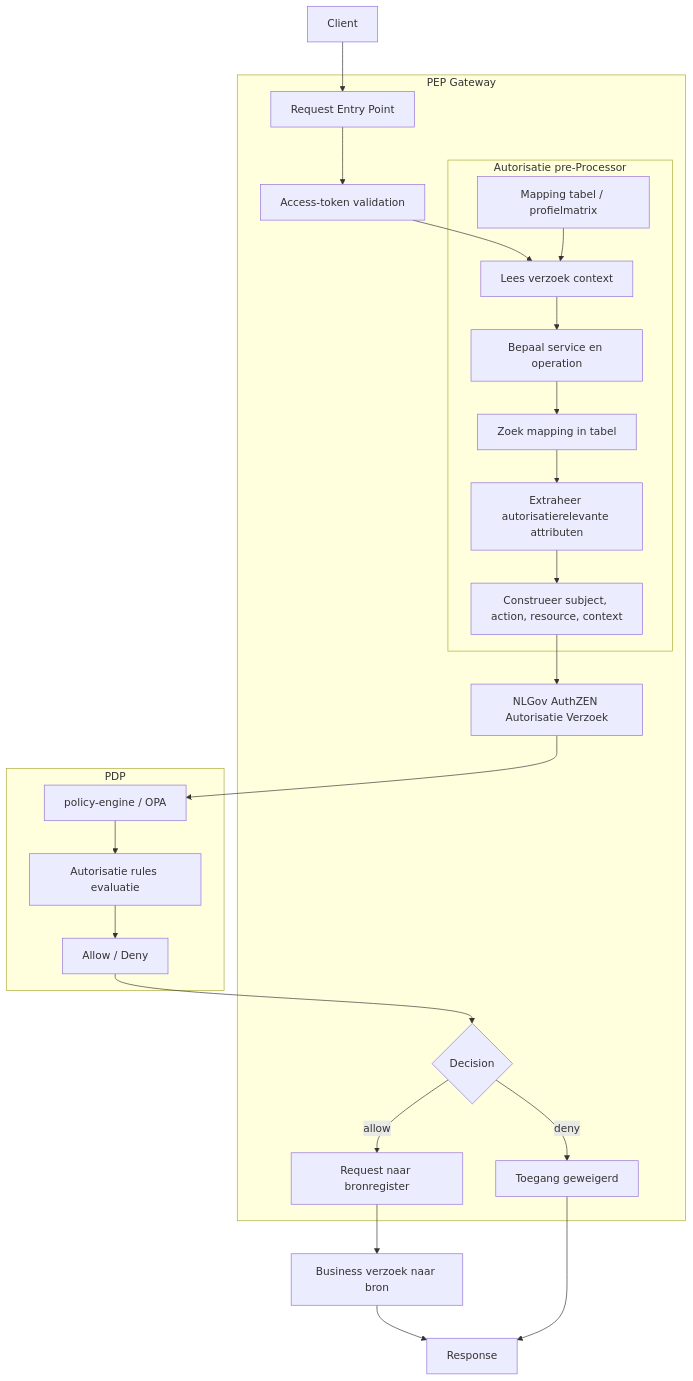
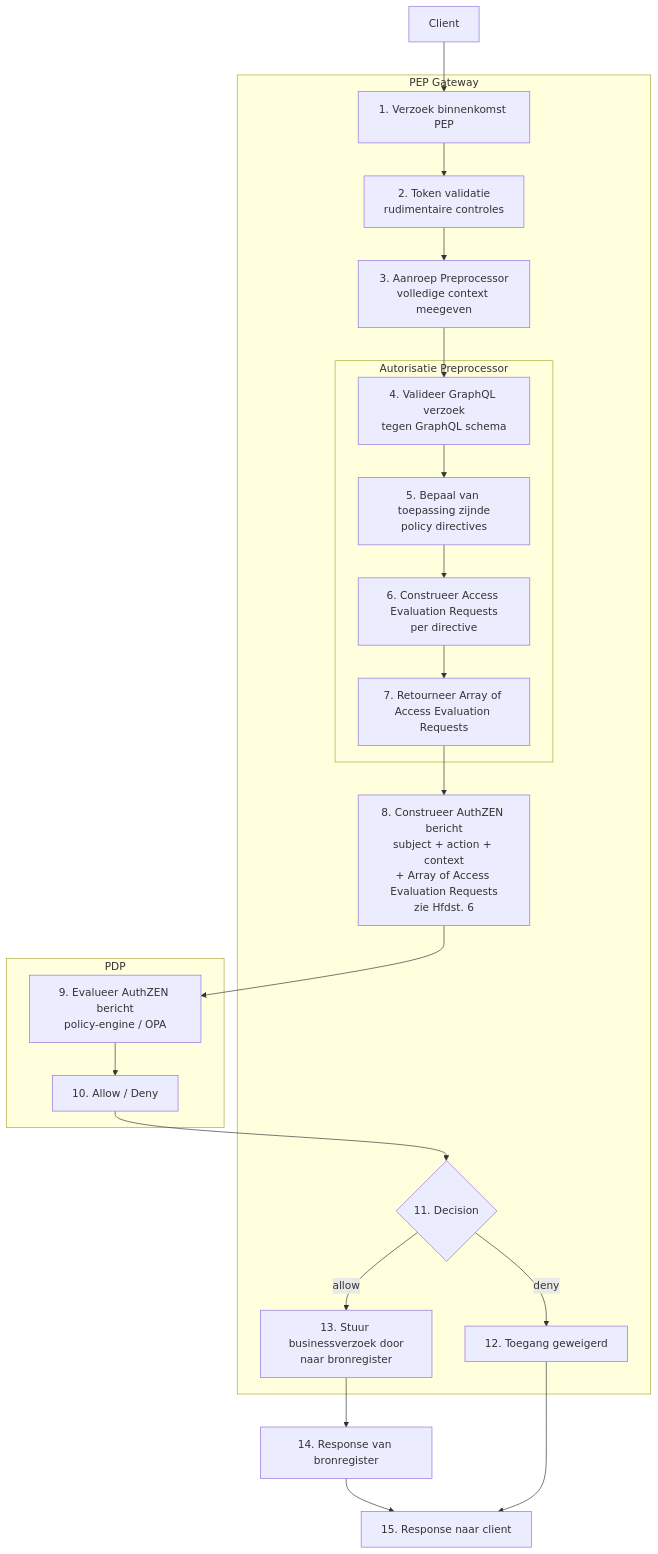
Before and after one commit to iStandaarden/iWlz-RequestForComment: the third of 3 diagrams in RFC/RFC0052 - Autorisatie standaardisatie.md, drawn with Mermaid. The commit also changed other lines of this file and 9 other files, not shown here.

````diff
--- a/RFC/RFC0052 - Autorisatie standaardisatie.md
+++ b/RFC/RFC0052 - Autorisatie standaardisatie.md
@@ -167,42 +149,38 @@
 ```mermaid
-
 flowchart TD
     A[Client]
+
     subgraph B[PEP Gateway]
-        C[Request Entry Point]
-        C --> C1[Access-token validation]
-        subgraph P[Autorisatie pre-Processor]
-            D[Lees verzoek context]
-            D --> D2[Bepaal service en operation]
-            D2 --> D3[Zoek mapping in tabel]
-            D3 --> D4[Extraheer autorisatierelevante attributen]
-            D4 --> D5[Construeer subject, action, resource, context]
-            T[Mapping tabel / profielmatrix]
+        C[1. Verzoek binnenkomst PEP]
+        C --> C1[2. Token validatie<br/>rudimentaire controles]
+        C1 --> CALL[3. Aanroep Preprocessor<br/>volledige context meegeven]
+
+        subgraph P[Autorisatie Preprocessor]
+            P1[4. Valideer GraphQL verzoek<br/>tegen GraphQL schema]
+            P1 --> P2[5. Bepaal van toepassing zijnde<br/>policy directives]
+            P2 --> P3[6. Construeer Access Evaluation Requests<br/>per directive]
+            P3 --> P4[7. Retourneer Array of Access Evaluation Requests]
         end
 
-        D5 --> G[NLGov AuthZEN Autorisatie Verzoek]
-        K
-        E[Request naar bronregister]
-        T[Mapping tabel / profielmatrix]
-    K -->|deny| L[Toegang geweigerd]
+        CALL --> P1
+        P4 --> E[8. Construeer AuthZEN bericht<br/>subject + action + context<br/>+ Array of Access Evaluation Requests<br/>zie Hfdst. 6]
+
+        K{11. Decision}
+        K -->|deny| L[12. Toegang geweigerd]
+        K -->|allow| FWD[13. Stuur businessverzoek door<br/>naar bronregister]
+    end
+
+    subgraph O[PDP]
+        H[9. Evalueer AuthZEN bericht<br/>policy-engine / OPA]
+        H --> J[10. Allow / Deny]
     end
 
     A --> C
-    C1 --> D
-    T --> D
+    E --> H
+    J --> K
+    FWD --> M[14. Response van bronregister]
+    M --> N[15. Response naar client]
+    L --> N
 
 
-
-    subgraph O[PDP]
-    G --> H[policy-engine / OPA]
-    H --> I[Autorisatie rules evaluatie]
-    I --> J[Allow / Deny]
-    end
-
-    J --> K{Decision}
-    K -->|allow| E
-
-    E --> M[Business verzoek naar bron]
-    M --> N[Response]
-    L --> N
 ```
````
